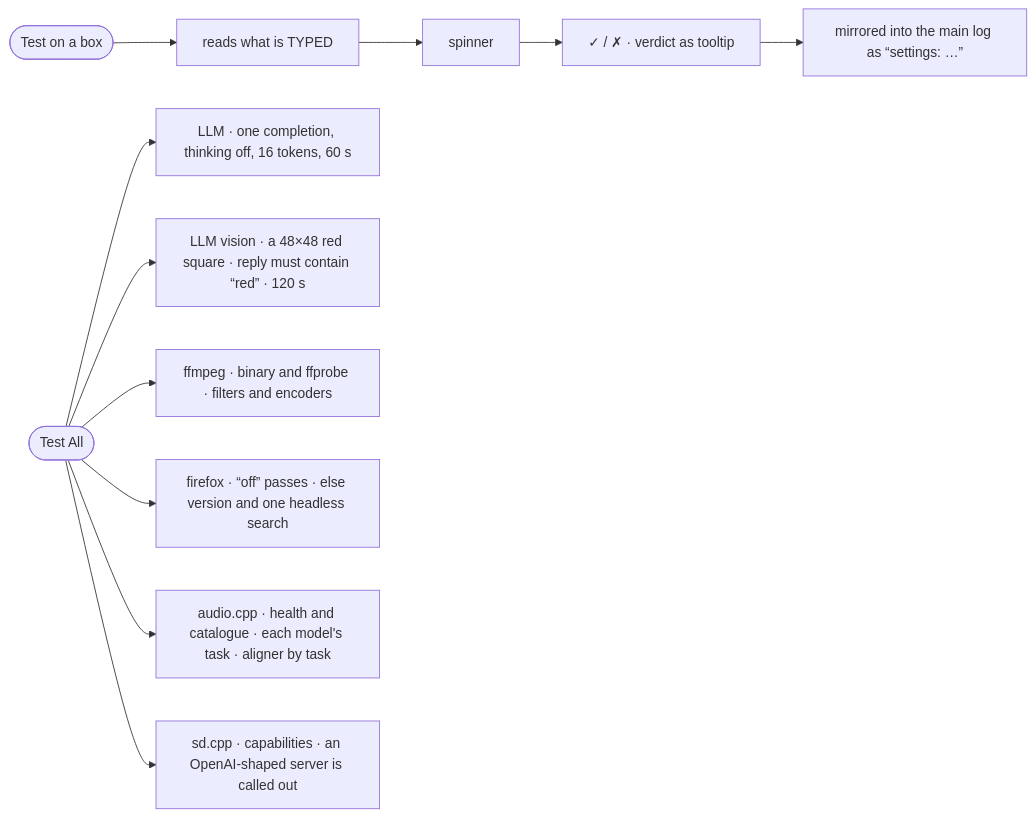
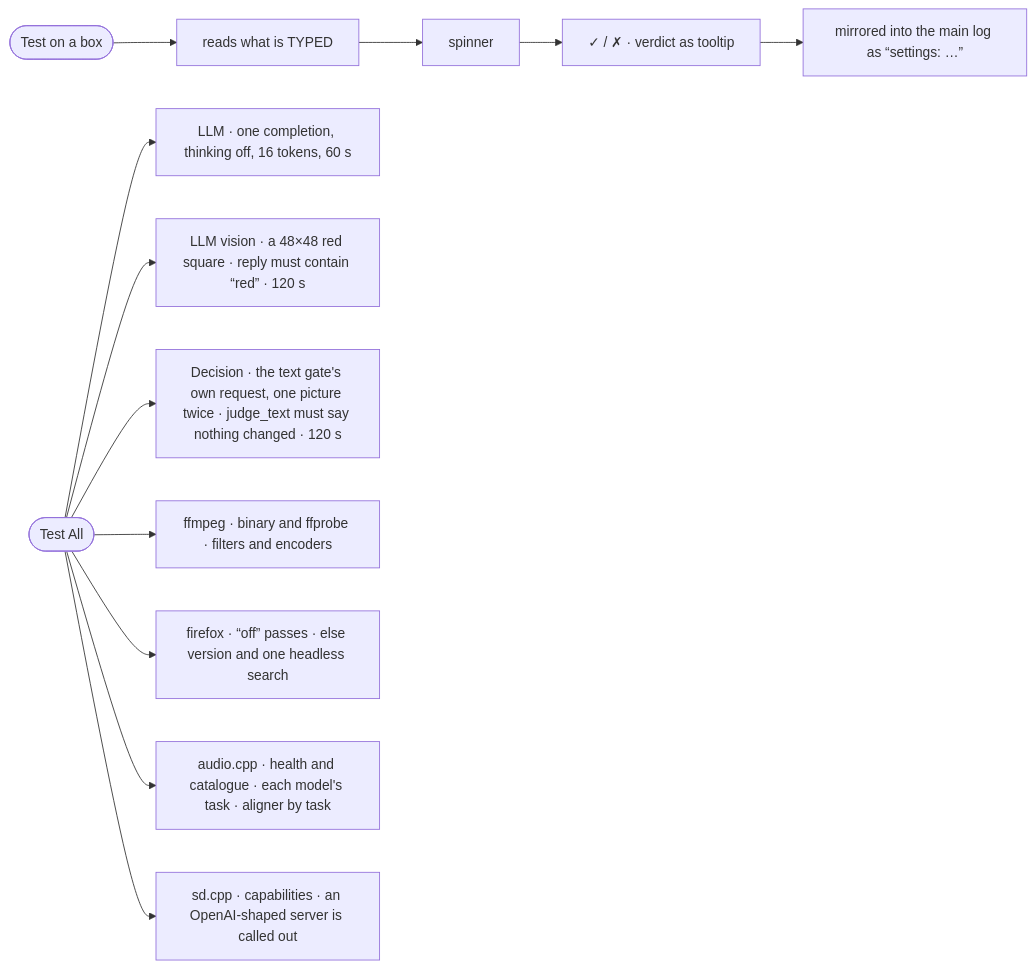
Before and after one commit to tbocek/naivepost: diagram 12 of 12 in spec/03-shell.md, drawn with Mermaid. The commit also changed other lines of this file and 537 other files, not shown here.

````diff
--- a/spec/03-shell.md
+++ b/spec/03-shell.md
@@ -322,12 +302,13 @@
 ```mermaid
 flowchart LR
   T(["Test on a box"]) --> R["reads what is TYPED"] --> SP["spinner"] --> V["✓ / ✗ · verdict as tooltip"] --> L["mirrored into the main log as “settings: …”"]
   ALL(["Test All"]) --> LLM["LLM · one completion, thinking off, 16 tokens, 60 s"]
   ALL --> VIS["LLM vision · a 48×48 red square · reply must contain “red” · 120 s"]
+  ALL --> DEC["Decision · the text gate's own request, one picture twice · judge_text must say nothing changed · 120 s"]
   ALL --> FF["ffmpeg · binary and ffprobe · filters and encoders"]
   ALL --> FX["firefox · “off” passes · else version and one headless search"]
   ALL --> AU["audio.cpp · health and catalogue · each model's task · aligner by task"]
   ALL --> SD["sd.cpp · capabilities · an OpenAI-shaped server is called out"]
   classDef refuse fill:#fde2e1,stroke:#c01c28,color:#1a1a1a
   classDef done fill:#e3f1e6,stroke:#2e7d32,color:#1a1a1a
 ```
````
